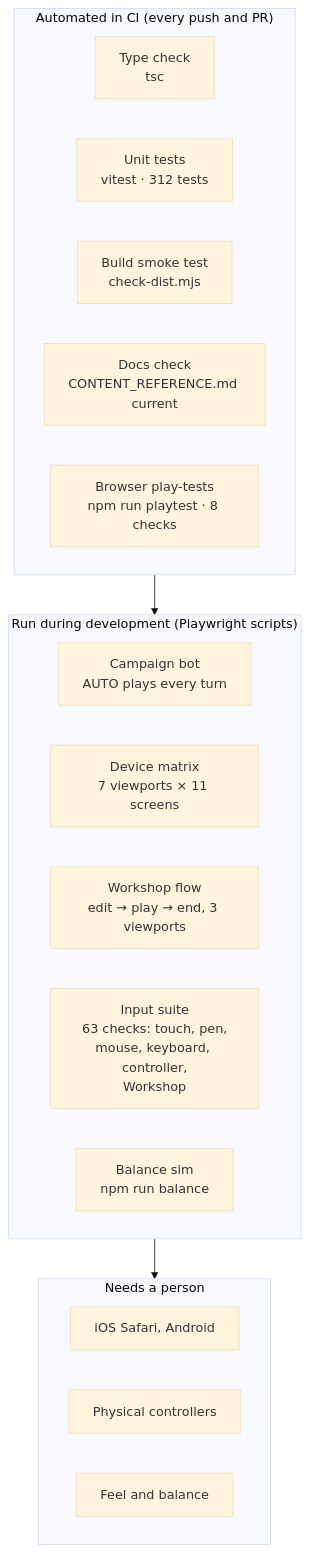
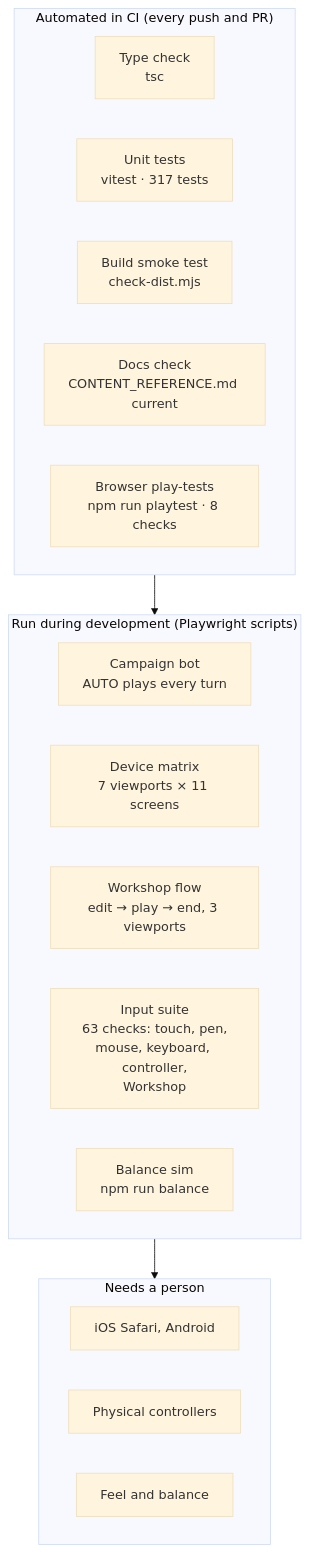
The diagram in docs/TESTING.md (CptNope/Chess-RPG-Tactics), drawn with Mermaid (base theme) before and after one commit. The commit also changed other lines of this file and 21 other files, not shown here.

````diff
--- a/docs/TESTING.md
+++ b/docs/TESTING.md
@@ -9,23 +9,23 @@
 ```mermaid
 flowchart TB
     subgraph Auto["Automated in CI (every push and PR)"]
         T1["Type check<br/>tsc"]
-        T2["Unit tests<br/>vitest · 312 tests"]
+        T2["Unit tests<br/>vitest · 317 tests"]
         T3["Build smoke test<br/>check-dist.mjs"]
         T4["Docs check<br/>CONTENT_REFERENCE.md current"]
         T5["Browser play-tests<br/>npm run playtest · 8 checks"]
     end
     subgraph Dev["Run during development (Playwright scripts)"]
         P1["Campaign bot<br/>AUTO plays every turn"]
         P2["Device matrix<br/>7 viewports × 11 screens"]
         P4["Workshop flow<br/>edit → play → end, 3 viewports"]
         P3["Input suite<br/>63 checks: touch, pen,<br/>mouse, keyboard, controller,<br/>Workshop"]
         P5["Balance sim<br/>npm run balance"]
     end
     subgraph Human["Needs a person"]
         H1["iOS Safari, Android"]
         H2["Physical controllers"]
         H3["Feel and balance"]
     end
     Auto --> Dev --> Human
 ```
````
